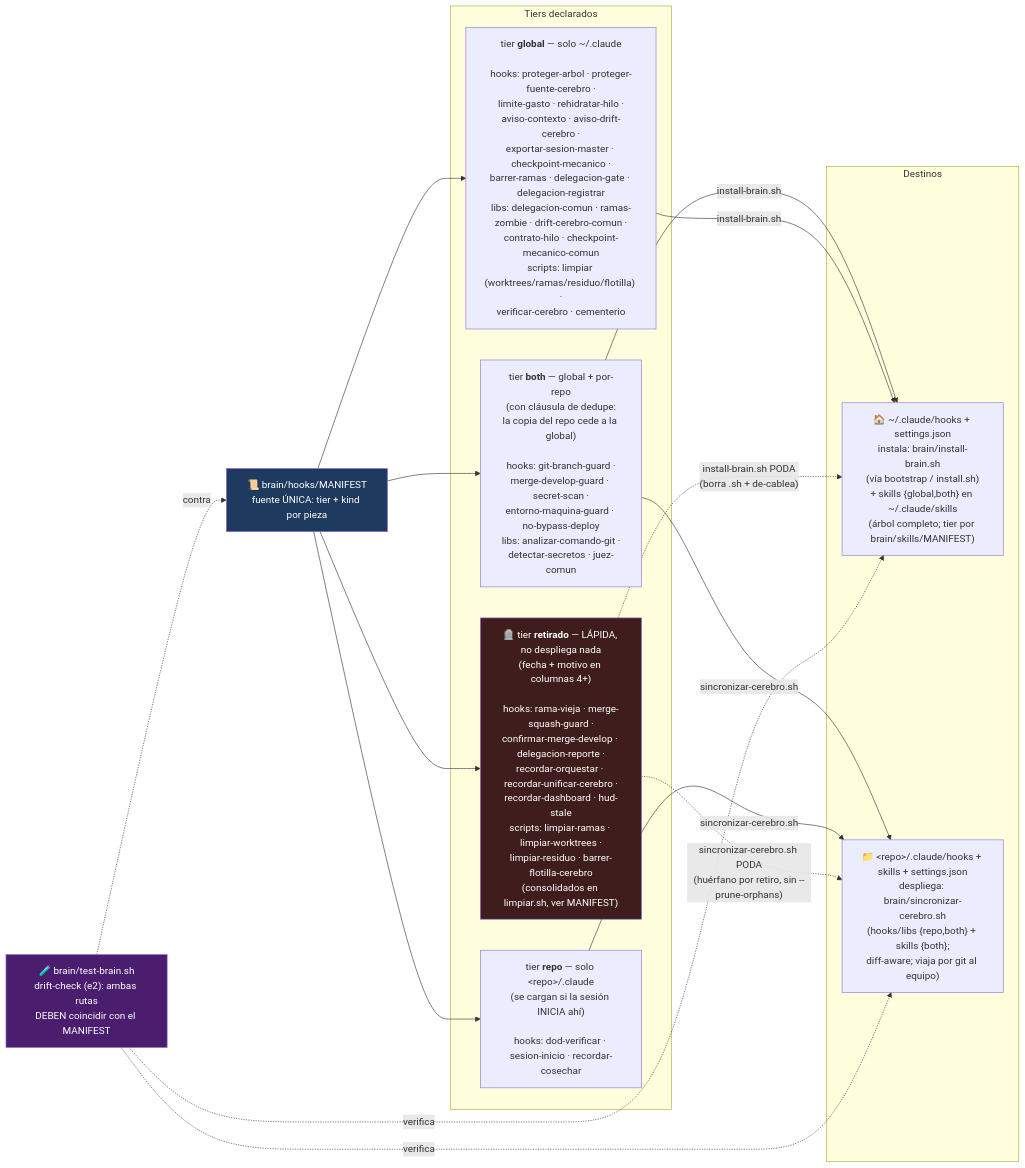
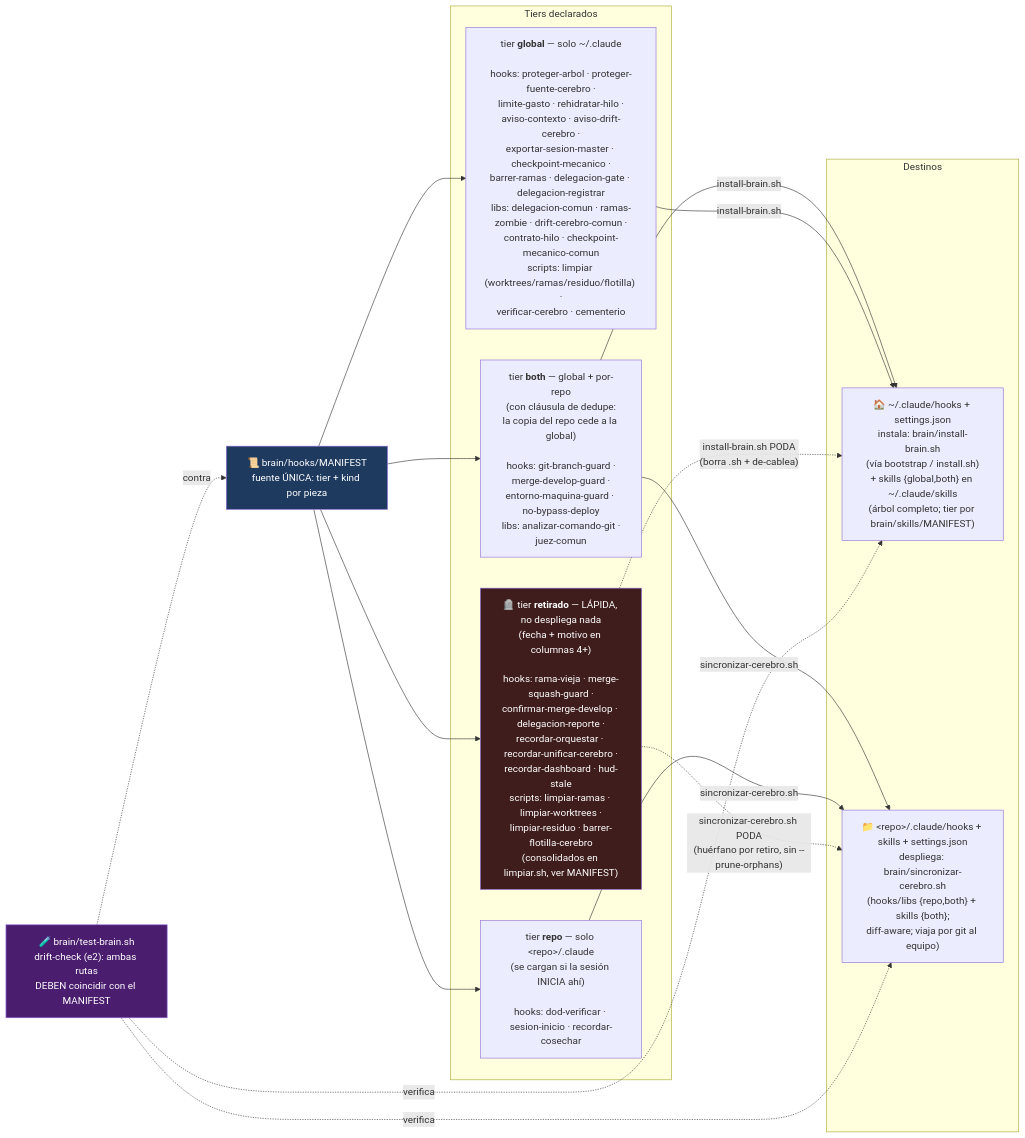
Before and after one commit to unjordi/cortex: the fourth of 4 diagrams in docs/mapa-cerebro.md, drawn with Mermaid. The commit also changed other lines of this file and 46 other files, not shown here.

Commit message:
chore(guards): retira secret-scan+detectar-secretos del cerebro (lo reemplaza gitleaks)

````diff
--- a/docs/mapa-cerebro.md
+++ b/docs/mapa-cerebro.md
@@ -179,36 +176,36 @@
 ```mermaid
 flowchart LR
     MANIFEST["📜 brain/hooks/MANIFEST<br/>fuente ÚNICA: tier + kind por pieza"]
 
     subgraph tiers["Tiers declarados"]
-        BOTH["tier <b>both</b> — global + por-repo<br/>(con cláusula de dedupe:<br/>la copia del repo cede a la global)<br/><br/>hooks: git-branch-guard ·<br/>merge-develop-guard · secret-scan ·<br/>entorno-maquina-guard · no-bypass-deploy<br/>libs: analizar-comando-git ·<br/>detectar-secretos · juez-comun"]
+        BOTH["tier <b>both</b> — global + por-repo<br/>(con cláusula de dedupe:<br/>la copia del repo cede a la global)<br/><br/>hooks: git-branch-guard ·<br/>merge-develop-guard ·<br/>entorno-maquina-guard · no-bypass-deploy<br/>libs: analizar-comando-git ·<br/>juez-comun"]
         GLOBAL["tier <b>global</b> — solo ~/.claude<br/><br/>hooks: proteger-arbol · proteger-fuente-cerebro ·<br/>limite-gasto · rehidratar-hilo ·<br/>aviso-contexto · aviso-drift-cerebro ·<br/>exportar-sesion-master · checkpoint-mecanico ·<br/>barrer-ramas · delegacion-gate · delegacion-registrar<br/>libs: delegacion-comun · ramas-zombie · drift-cerebro-comun ·<br/>contrato-hilo · checkpoint-mecanico-comun<br/>scripts: limpiar (worktrees/ramas/residuo/flotilla) ·<br/>verificar-cerebro · cementerio"]
         REPO["tier <b>repo</b> — solo &lt;repo&gt;/.claude<br/>(se cargan si la sesión INICIA ahí)<br/><br/>hooks: dod-verificar · sesion-inicio · recordar-cosechar"]
         RETIRADO["🪦 tier <b>retirado</b> — LÁPIDA, no despliega nada<br/>(fecha + motivo en columnas 4+)<br/><br/>hooks: rama-vieja · merge-squash-guard ·<br/>confirmar-merge-develop · delegacion-reporte ·<br/>recordar-orquestar · recordar-unificar-cerebro ·<br/>recordar-dashboard · hud-stale<br/>scripts: limpiar-ramas · limpiar-worktrees ·<br/>limpiar-residuo · barrer-flotilla-cerebro<br/>(consolidados en limpiar.sh, ver MANIFEST)"]
     end
 
     subgraph destinos["Destinos"]
         GDIR["🏠 ~/.claude/hooks + settings.json<br/>instala: brain/install-brain.sh<br/>(vía bootstrap / install.sh)<br/>+ skills {global,both} en ~/.claude/skills<br/>(árbol completo; tier por brain/skills/MANIFEST)"]
         RDIR["📁 &lt;repo&gt;/.claude/hooks + skills + settings.json<br/>despliega: brain/sincronizar-cerebro.sh<br/>(hooks/libs {repo,both} + skills {both};<br/>diff-aware; viaja por git al equipo)"]
     end
 
     TEST["🧪 brain/test-brain.sh<br/>drift-check (e2): ambas rutas<br/>DEBEN coincidir con el MANIFEST"]
 
     MANIFEST --> BOTH
     MANIFEST --> GLOBAL
     MANIFEST --> REPO
     MANIFEST --> RETIRADO
     BOTH -->|"install-brain.sh"| GDIR
     BOTH -->|"sincronizar-cerebro.sh"| RDIR
     GLOBAL -->|"install-brain.sh"| GDIR
     REPO -->|"sincronizar-cerebro.sh"| RDIR
     RETIRADO -.->|"install-brain.sh PODA<br/>(borra .sh + de-cablea)"| GDIR
     RETIRADO -.->|"sincronizar-cerebro.sh PODA<br/>(huérfano por retiro, sin --prune-orphans)"| RDIR
     TEST -.->|verifica| GDIR
     TEST -.->|verifica| RDIR
     TEST -.->|contra| MANIFEST
 
     style MANIFEST fill:#1e3a5f,color:#fff
     style TEST fill:#4a1d6e,color:#fff
     style RETIRADO fill:#3f1d1d,color:#fff
 ```
````
